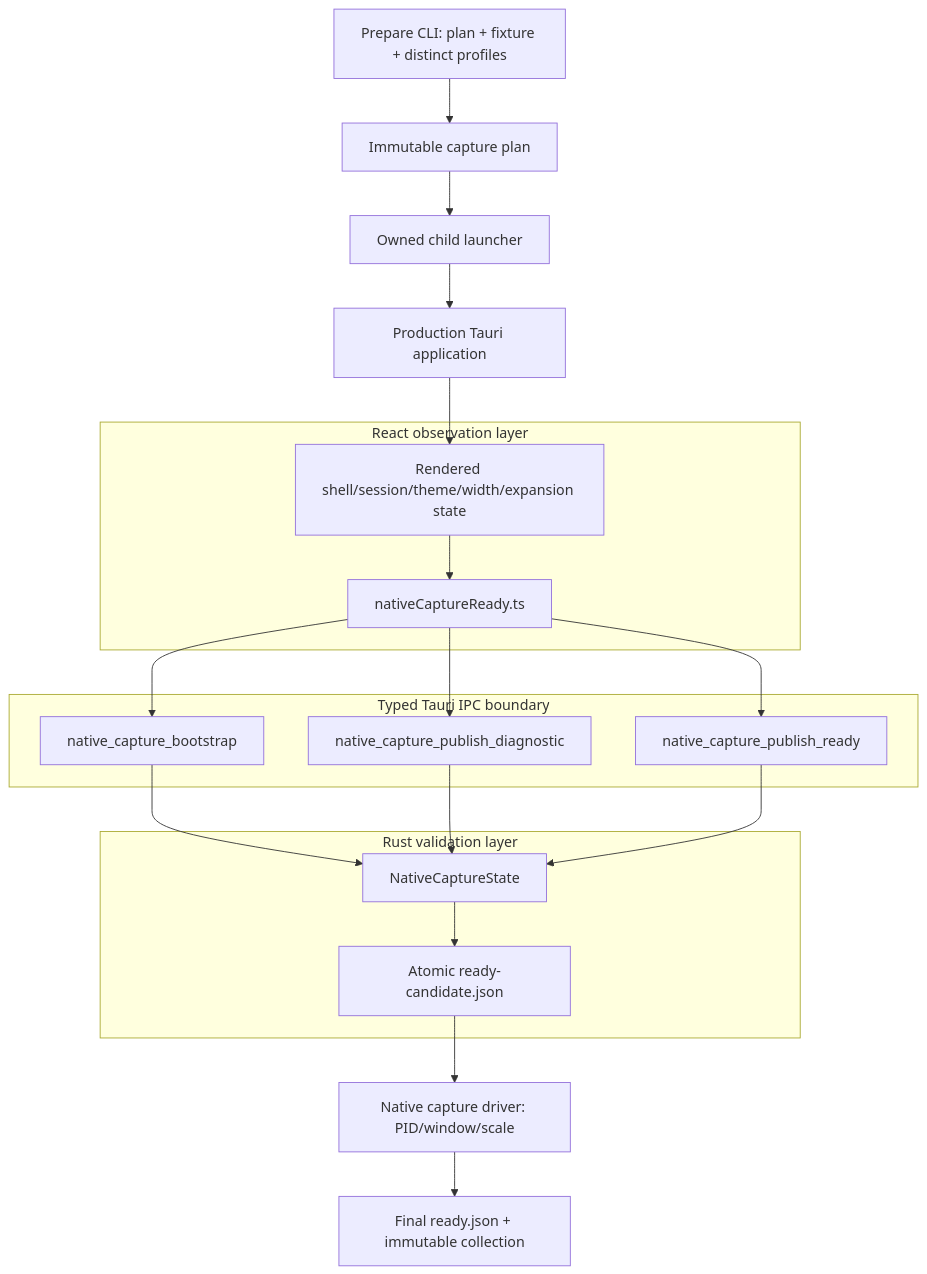
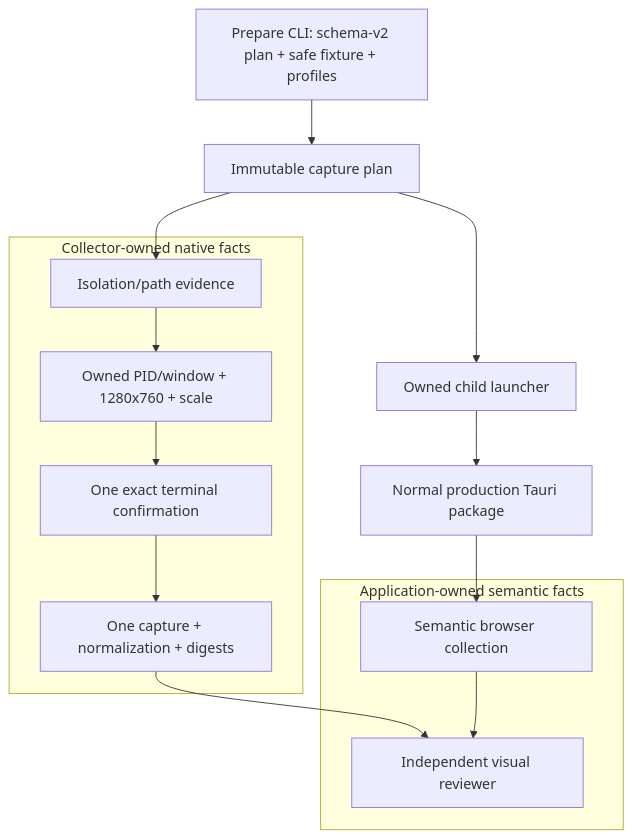
Before and after one commit to ignacioli/excalidraw-desktop: the sixth of 7 diagrams in docs/architecture.md, drawn with Mermaid. The commit also changed other lines of this file and 21 other files, not shown here.

Commit message:
Simplify native capture harness

````diff
--- a/docs/architecture.md
+++ b/docs/architecture.md
@@ -256,23 +256,20 @@
 ```mermaid
 flowchart TB
-  Prepare["Prepare CLI: plan + fixture + distinct profiles"] --> Plan["Immutable capture plan"]
+  Prepare["Prepare CLI: schema-v2 plan + safe fixture + profiles"] --> Plan["Immutable capture plan"]
   Plan --> Launcher["Owned child launcher"]
-  Launcher --> App["Production Tauri application"]
-  subgraph Frontend["React observation layer"]
-    Shell["Rendered shell/session/theme/width/expansion state"] --> Probe["nativeCaptureReady.ts"]
+  Launcher --> App["Normal production Tauri package"]
+  subgraph Collector["Collector-owned native facts"]
+    Isolation["Isolation/path evidence"]
+    Window["Owned PID/window + 1280x760 + scale"]
+    Confirm["One exact terminal confirmation"]
+    Capture["One capture + normalization + digests"]
   end
-  subgraph Boundary["Typed Tauri IPC boundary"]
-    Bootstrap["native_capture_bootstrap"]
-    Diagnostic["native_capture_publish_diagnostic"]
-    Publish["native_capture_publish_ready"]
+  subgraph AppEvidence["Application-owned semantic facts"]
+    Browser["Semantic browser collection"]
+    Reviewer["Independent visual reviewer"]
   end
-  subgraph Backend["Rust validation layer"]
-    State["NativeCaptureState"] --> Candidate["Atomic ready-candidate.json"]
-  end
-  App --> Shell
-  Probe --> Bootstrap --> State
-  Probe --> Diagnostic --> State
-  Probe --> Publish --> State
-  Candidate --> Driver["Native capture driver: PID/window/scale"]
-  Driver --> Ready["Final ready.json + immutable collection"]
+  App --> Browser
+  Plan --> Isolation --> Window --> Confirm --> Capture
+  Capture --> Reviewer
+  Browser --> Reviewer
 ```
````
